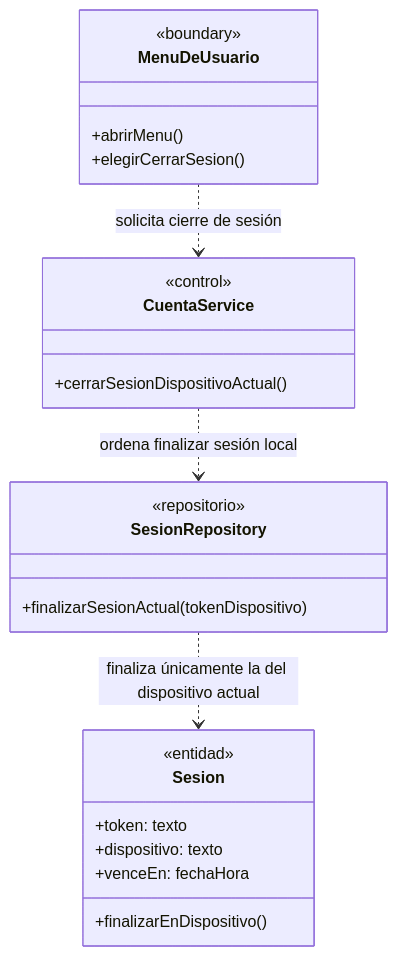
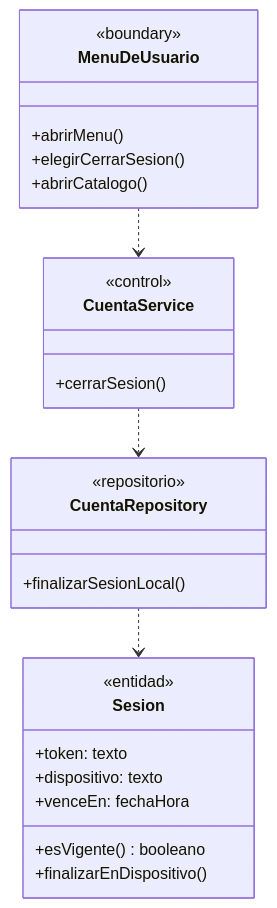
The fourth of 7 diagrams in docs/diagramas-de-clase/cuenta-y-acceso.md (nicqletal/torneos-scraper), drawn with Mermaid before and after one commit. The commit also changed other lines of this file and 13 other files, not shown here.

````diff
--- a/docs/diagramas-de-clase/cuenta-y-acceso.md
+++ b/docs/diagramas-de-clase/cuenta-y-acceso.md
@@ -232,27 +257,28 @@
 ```mermaid
 classDiagram
-direction TB
 class MenuDeUsuario {
   <<boundary>>
   +abrirMenu()
   +elegirCerrarSesion()
+  +abrirCatalogo()
 }
 class CuentaService {
   <<control>>
-  +cerrarSesionDispositivoActual()
+  +cerrarSesion()
 }
-class SesionRepository {
+class CuentaRepository {
   <<repositorio>>
-  +finalizarSesionActual(tokenDispositivo)
+  +finalizarSesionLocal()
 }
 class Sesion {
   <<entidad>>
   +token: texto
   +dispositivo: texto
   +venceEn: fechaHora
+  +esVigente() booleano
   +finalizarEnDispositivo()
 }
-MenuDeUsuario ..> CuentaService : solicita cierre de sesión
-CuentaService ..> SesionRepository : ordena finalizar sesión local
-SesionRepository ..> Sesion : finaliza únicamente la del dispositivo actual
+MenuDeUsuario ..> CuentaService
+CuentaService ..> CuentaRepository
+CuentaRepository ..> Sesion
 ```
````
